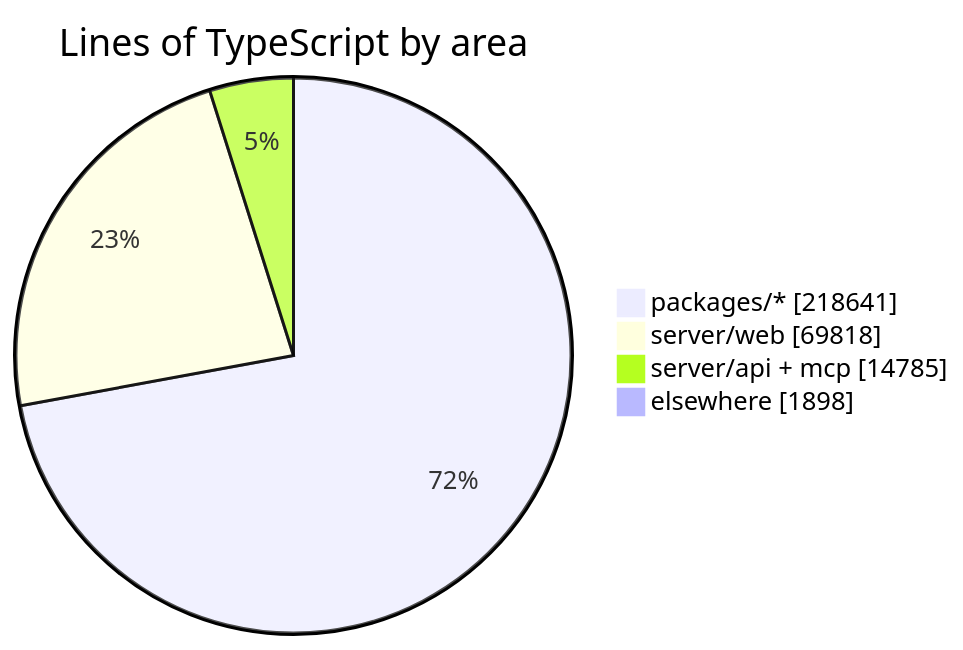
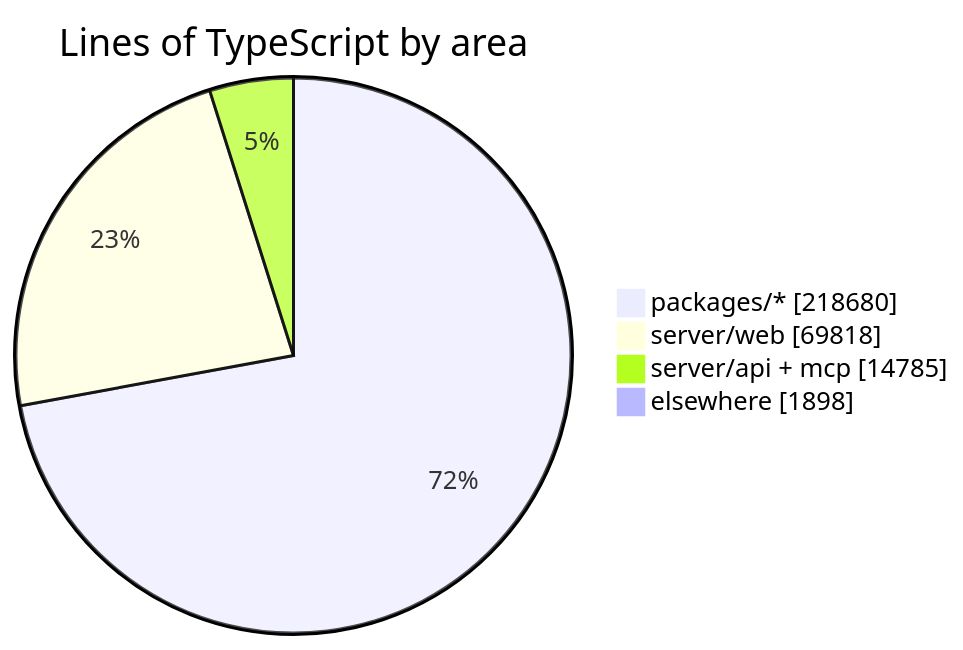
Before and after one commit to crossworks-engineering/mantle: the diagram in README.md, drawn with Mermaid. The commit also changed other lines of this file and 2 other files, not shown here.

````diff
--- a/README.md
+++ b/README.md
@@ -287,7 +287,7 @@
 ```mermaid
 pie showData title Lines of TypeScript by area
-    "packages/*" : 218641
+    "packages/*" : 218680
     "server/web" : 69818
     "server/api + mcp" : 14785
     "elsewhere" : 1898
 ```
````
